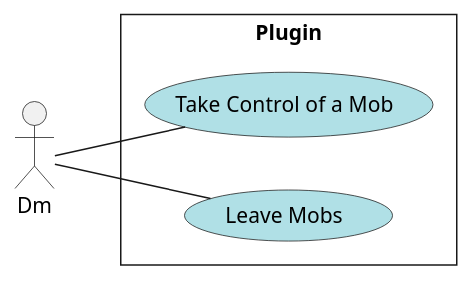
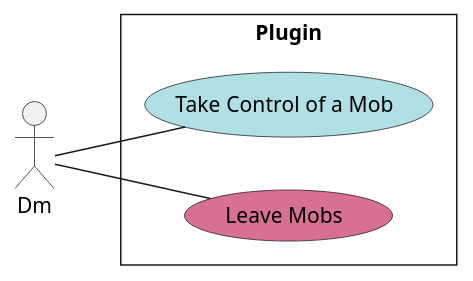
One commit to Jean-Lamarre/Johnytech6s_Plugin changed the diagram in docs/Model/dcu-control-mobs.plantuml. Above: the diagram before and after it, drawn with PlantUML.

Commit message:
test plantuml change for README

```diff
--- a/docs/Model/dcu-control-mobs.plantuml
+++ b/docs/Model/dcu-control-mobs.plantuml
@@ -1,13 +1,13 @@
 @startuml
 left to right direction
 skinparam style strictuml
 skinparam packageStyle rect
 skinparam defaultfontname Verdana
 actor Dm as dm
 rectangle "Plugin" {
   (Take Control of a Mob) as JP #powderblue
-  (Leave Mobs) as R #powderblue
+  (Leave Mobs) as R #PaleVioletRed
   dm -- JP
   dm -- R
 }
 @enduml
```
